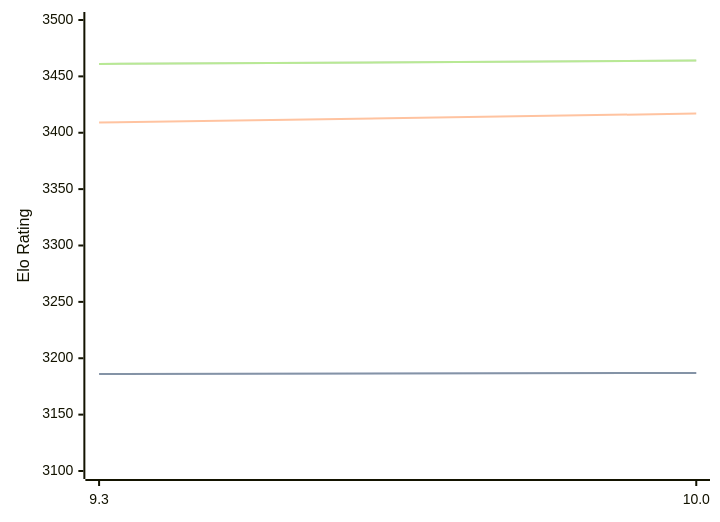
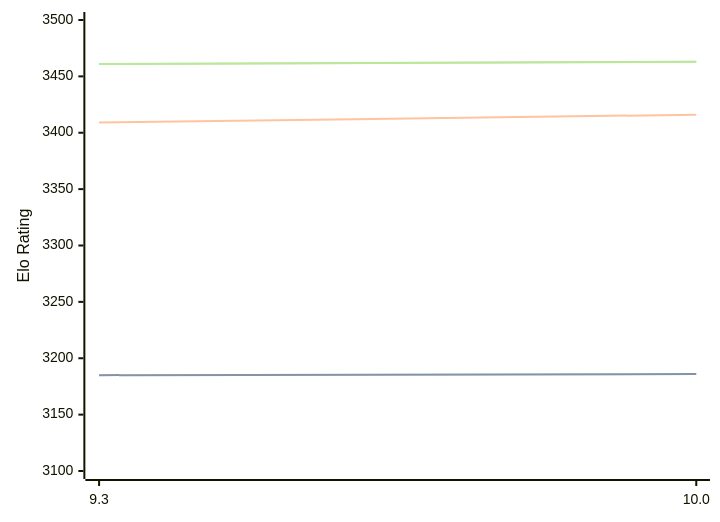
One commit to computer-chess-index/cci changed the diagram in engines/Fire.md. Above: the diagram before and after it, drawn with Mermaid. The commit also changed other lines of this file, not shown here.

Commit message:
Update CCI Ratings (ELO VLTC) - 2026-03-12

````diff
--- a/engines/Fire.md
+++ b/engines/Fire.md
@@ -45,11 +45,11 @@
 ```mermaid
 %%{init: {"theme":"base","themeVariables":{"seriesColors:['#a3a3a3','#222221','#faa371']}}}%%
 xychart-beta
   x-axis ["9.3", "10.0"]
   y-axis "Elo Rating" 3100 --> 3500
-  line "STC (8.0+0.08s)" [3186, 3187]
-  line "STC (8.0+0.08s)" [3186, 3187]
-  line "LTC (60.0+0.60s)" [3409, 3417]
-  line "VLTC (2m24s+1.12s)" [3461, 3464]
-  line "VLTC (2m24s+1.12s)" [3461, 3464]
+  line "STC (8.0+0.08s)" [3185, 3186]
+  line "STC (8.0+0.08s)" [3185, 3186]
+  line "LTC (60.0+0.60s)" [3409, 3416]
+  line "VLTC (2m24s+1.12s)" [3461, 3463]
+  line "VLTC (2m24s+1.12s)" [3461, 3463]
 ```
````
